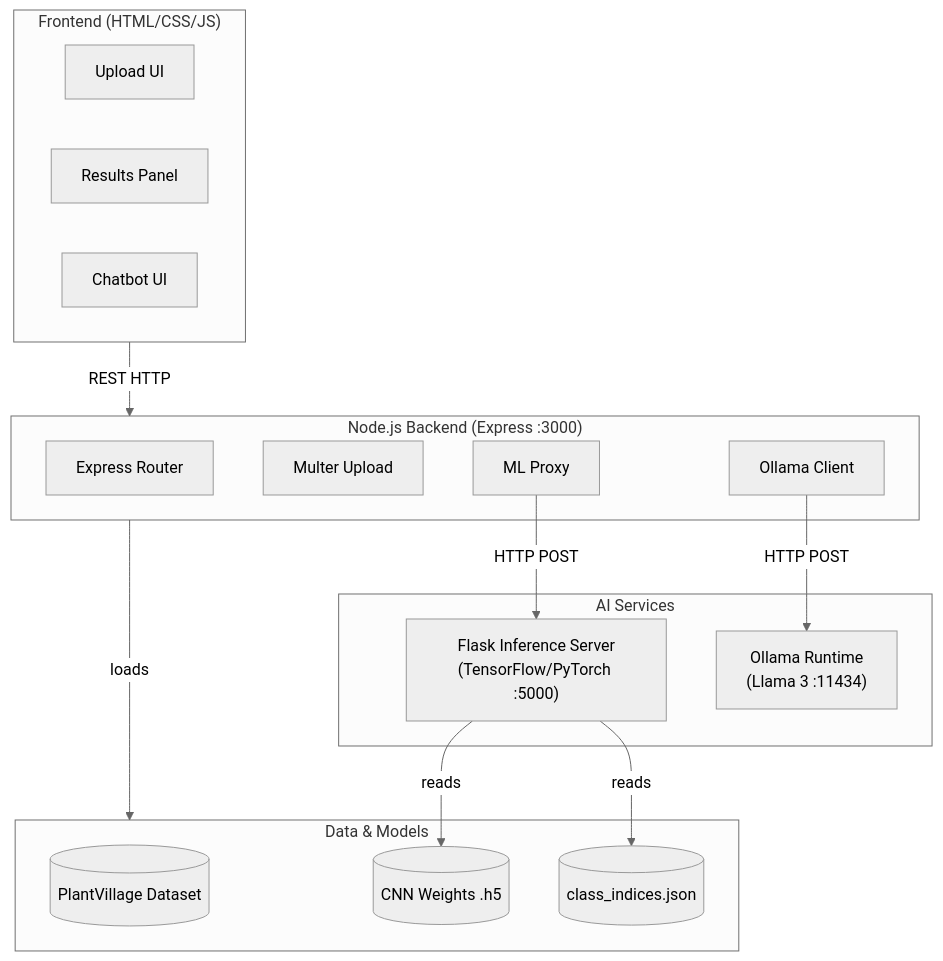
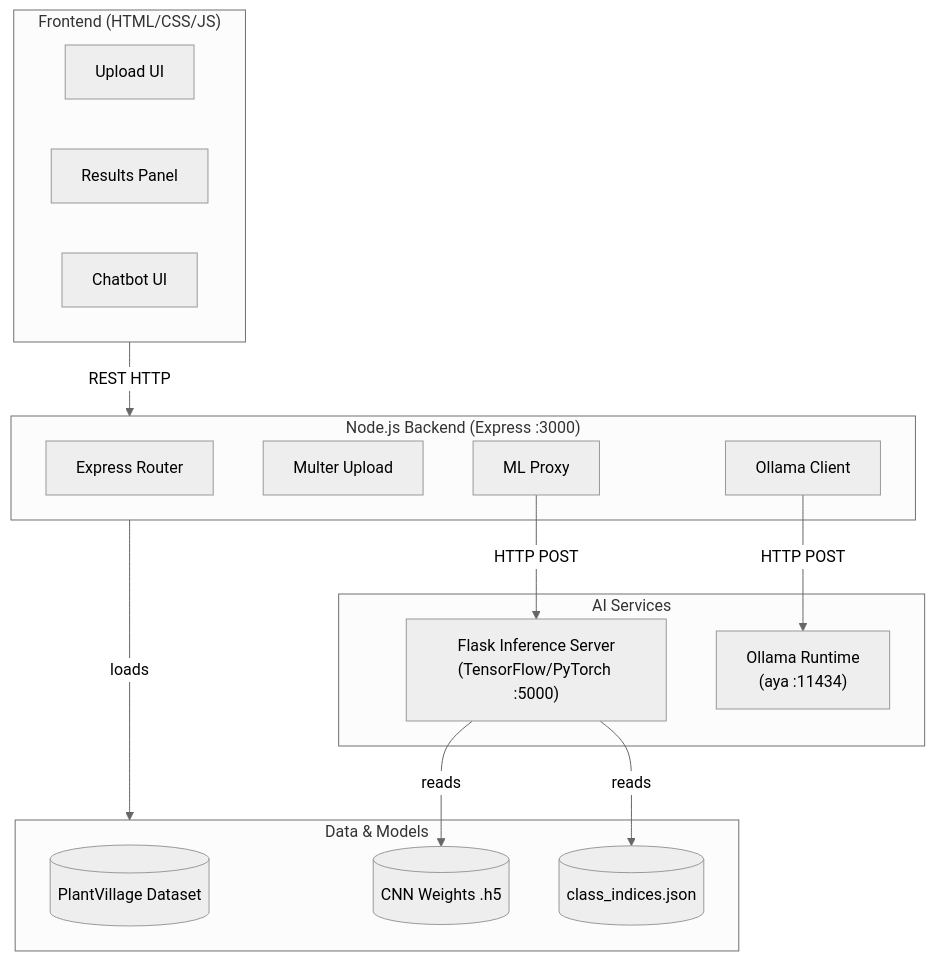
The fifth of 6 diagrams in README.md (youssef-mahdy-dev/Flora), drawn with Mermaid (neutral theme) before and after one commit. The commit also changed other lines of this file, not shown here.

````diff
--- a/README.md
+++ b/README.md
@@ -164,33 +164,33 @@
 ```mermaid
 graph TB
     subgraph Frontend["Frontend (HTML/CSS/JS)"]
         UI[Upload UI]
         RP[Results Panel]
         CB[Chatbot UI]
     end
 
     subgraph Backend["Node.js Backend (Express :3000)"]
         RT[Express Router]
         MU[Multer Upload]
         ML_P[ML Proxy]
         OL_C[Ollama Client]
     end
 
     subgraph AI["AI Services"]
         FL["Flask Inference Server\n(TensorFlow/PyTorch :5000)"]
-        OL["Ollama Runtime\n(Llama 3 :11434)"]
+        OL["Ollama Runtime\n(aya  :11434)"]
     end
 
     subgraph Data["Data & Models"]
         DS[(PlantVillage Dataset)]
         MW[(CNN Weights .h5)]
         CI[(class_indices.json)]
     end
 
     Frontend -->|REST HTTP| Backend
     ML_P -->|HTTP POST| FL
     OL_C -->|HTTP POST| OL
     Backend -->|loads| Data
     FL -->|reads| MW
     FL -->|reads| CI
 ```
````
